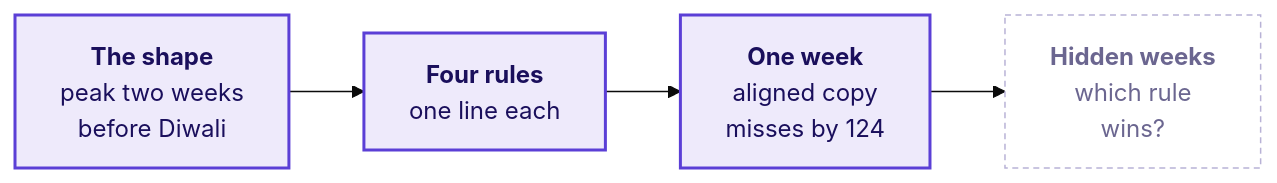
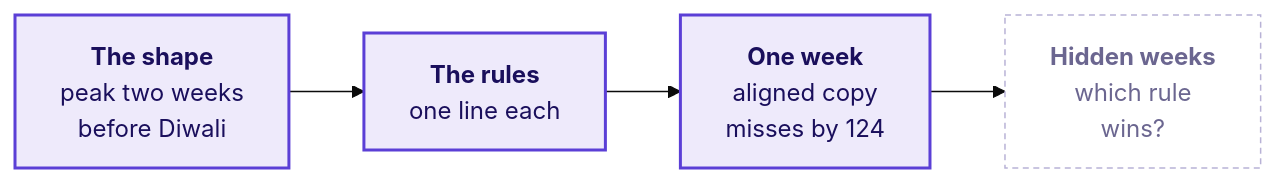
Before and after one commit to fde-academy-lab/c2-content-factory: the seventh of 8 diagrams in content/W04/D5/slides/C2_W04_D05_half1_STUDENT.md, drawn with Mermaid (base theme). The commit also changed other lines of this file and 20 other files, not shown here.

````diff
--- a/content/W04/D5/slides/C2_W04_D05_half1_STUDENT.md
+++ b/content/W04/D5/slides/C2_W04_D05_half1_STUDENT.md
@@ -268,10 +1004,10 @@
 ```mermaid
 flowchart LR
-    A["<b>The shape</b><br/>peak two weeks<br/>before Diwali"] --> B["<b>Four rules</b><br/>one line each"]
+    A["<b>The shape</b><br/>peak two weeks<br/>before Diwali"] --> B["<b>The rules</b><br/>one line each"]
     B --> C["<b>One week</b><br/>aligned copy<br/>misses by 124"]
     C --> D["<b>Hidden weeks</b><br/>which rule<br/>wins?"]
     classDef known fill:#EEEAFB,stroke:#5B3FD6,color:#1A0F5C,stroke-width:2px
     classDef unknown fill:#FFFFFF,stroke:#B8B2D6,color:#6B6690,stroke-dasharray:4 3
     class A,B,C known
     class D unknown
 ```
````
